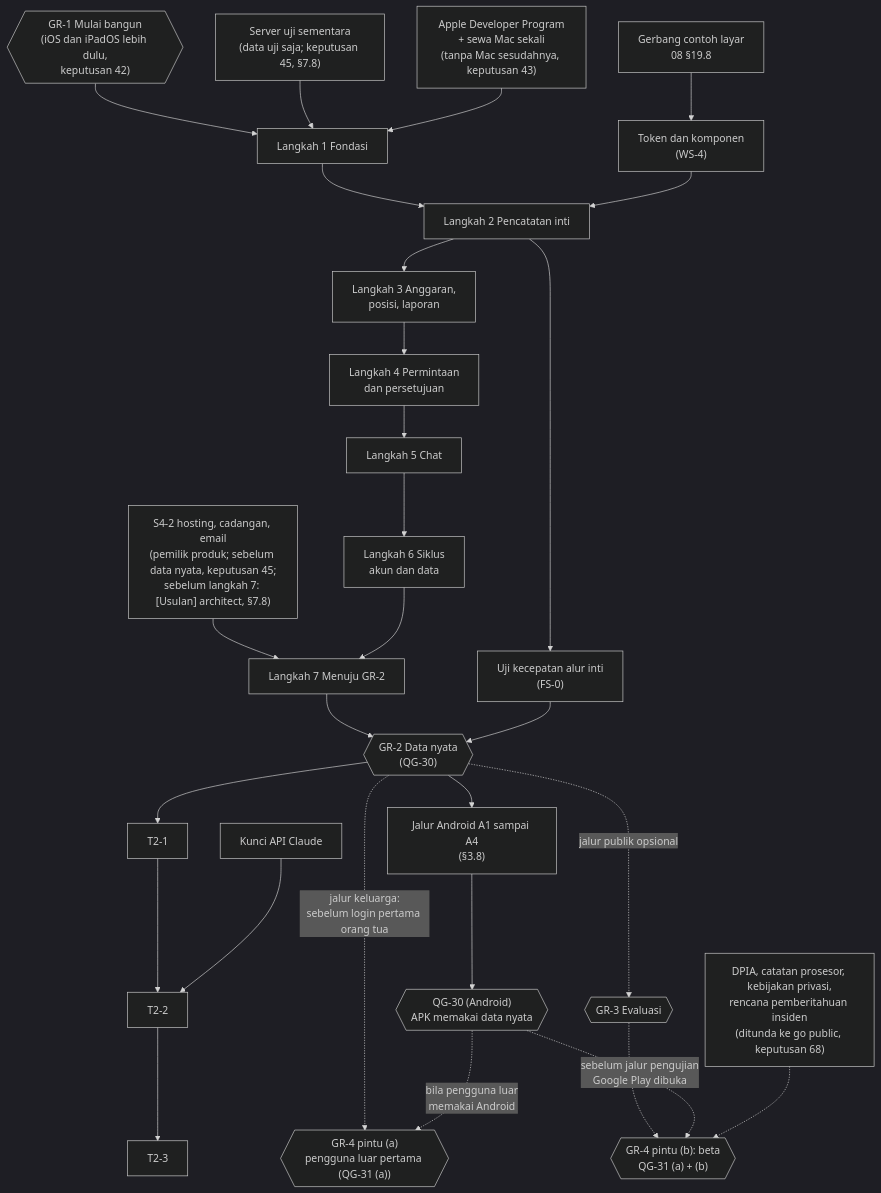
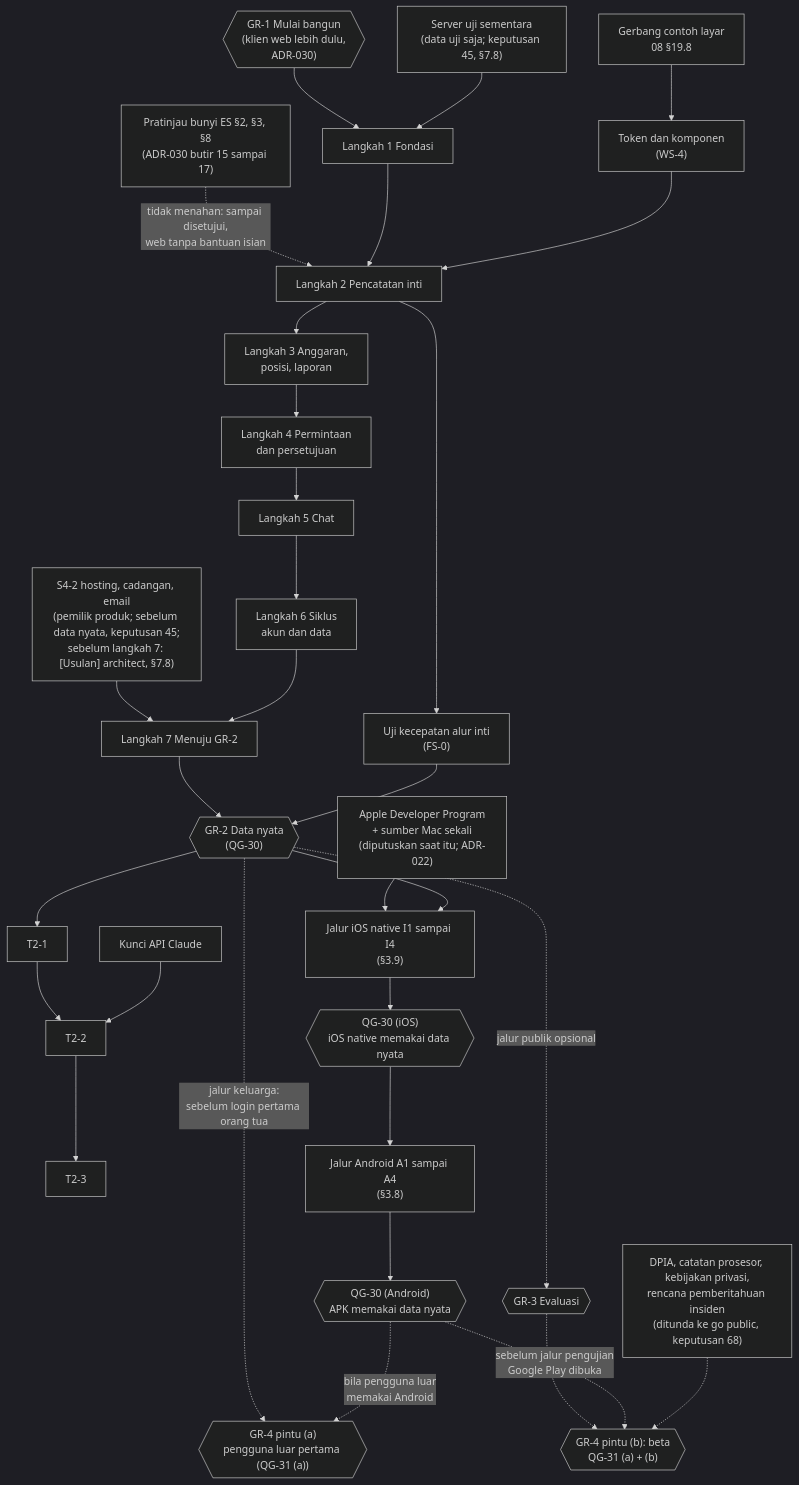
One commit to abiyanzimran/casa changed the diagram in docs/14-engineering-roadmap.md. Above: the diagram before and after it, drawn with Mermaid (dark theme). The commit also changed other lines of this file and 38 other files, not shown here.

````diff
--- a/docs/14-engineering-roadmap.md
+++ b/docs/14-engineering-roadmap.md
@@ -200,28 +233,31 @@
 ```mermaid
 flowchart TB
-    GR1{{"GR-1 Mulai bangun<br/>(iOS dan iPadOS lebih dulu,<br/>keputusan 42)"}} --> L1["Langkah 1 Fondasi"]
+    GR1{{"GR-1 Mulai bangun<br/>(klien web lebih dulu,<br/>ADR-030)"}} --> L1["Langkah 1 Fondasi"]
     TMP["Server uji sementara<br/>(data uji saja; keputusan 45, §7.8)"] --> L1
+    ESP["Pratinjau bunyi ES §2, §3, §8<br/>(ADR-030 butir 15 sampai 17)"] -.->|"tidak menahan: sampai disetujui,<br/>web tanpa bantuan isian"| L2
     S42["S4-2 hosting, cadangan, email<br/>(pemilik produk; sebelum data nyata, keputusan 45;<br/>sebelum langkah 7: [Usulan] architect, §7.8)"] --> L7
-    APL["Apple Developer Program<br/>+ sewa Mac sekali<br/>(tanpa Mac sesudahnya, keputusan 43)"] --> L1
     GATE["Gerbang contoh layar<br/>08 §19.8"] --> TOK["Token dan komponen<br/>(WS-4)"]
     L1 --> L2["Langkah 2 Pencatatan inti"]
     TOK --> L2
     L2 --> FS0["Uji kecepatan alur inti<br/>(FS-0)"]
     L2 --> L3["Langkah 3 Anggaran,<br/>posisi, laporan"]
     L3 --> L4["Langkah 4 Permintaan<br/>dan persetujuan"]
     L4 --> L5["Langkah 5 Chat"]
     L5 --> L6["Langkah 6 Siklus<br/>akun dan data"]
     L6 --> L7["Langkah 7 Menuju GR-2"]
     L7 --> GR2{{"GR-2 Data nyata<br/>(QG-30)"}}
     FS0 --> GR2
     GR2 --> W1["T2-1"] --> W2["T2-2"] --> W3["T2-3"]
     KEY["Kunci API Claude"] --> W2
-    GR2 --> AND["Jalur Android A1 sampai A4<br/>(§3.8)"]
+    APL["Apple Developer Program<br/>+ sumber Mac sekali<br/>(diputuskan saat itu; ADR-022)"] --> IOS
+    GR2 --> IOS["Jalur iOS native I1 sampai I4<br/>(§3.9)"]
+    IOS --> QGI{{"QG-30 (iOS)<br/>iOS native memakai data nyata"}}
+    QGI --> AND["Jalur Android A1 sampai A4<br/>(§3.8)"]
     AND --> QGA{{"QG-30 (Android)<br/>APK memakai data nyata"}}
     GR2 -.->|"jalur keluarga:<br/>sebelum login pertama orang tua"| GR4A{{"GR-4 pintu (a)<br/>pengguna luar pertama (QG-31 (a))"}}
     QGA -.->|"bila pengguna luar<br/>memakai Android"| GR4A
     GR2 -.->|"jalur publik opsional"| GR3{{"GR-3 Evaluasi"}}
     GR3 -.-> GR4B{{"GR-4 pintu (b): beta<br/>QG-31 (a) + (b)"}}
     QGA -.->|"sebelum jalur pengujian<br/>Google Play dibuka"| GR4B
     DOC["DPIA, catatan prosesor, kebijakan privasi,<br/>rencana pemberitahuan insiden<br/>(ditunda ke go public, keputusan 68)"] -.-> GR4B
 ```
````
